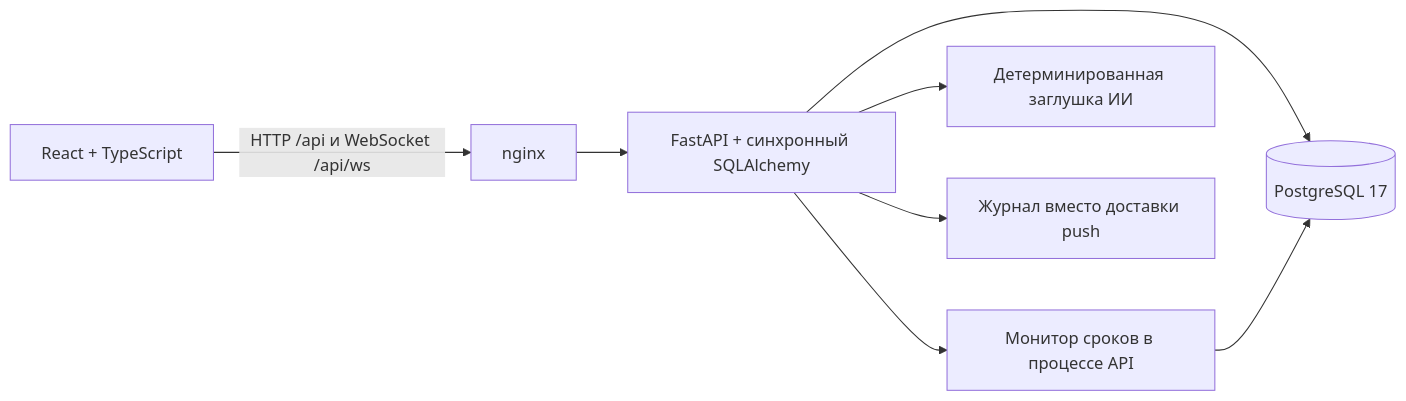
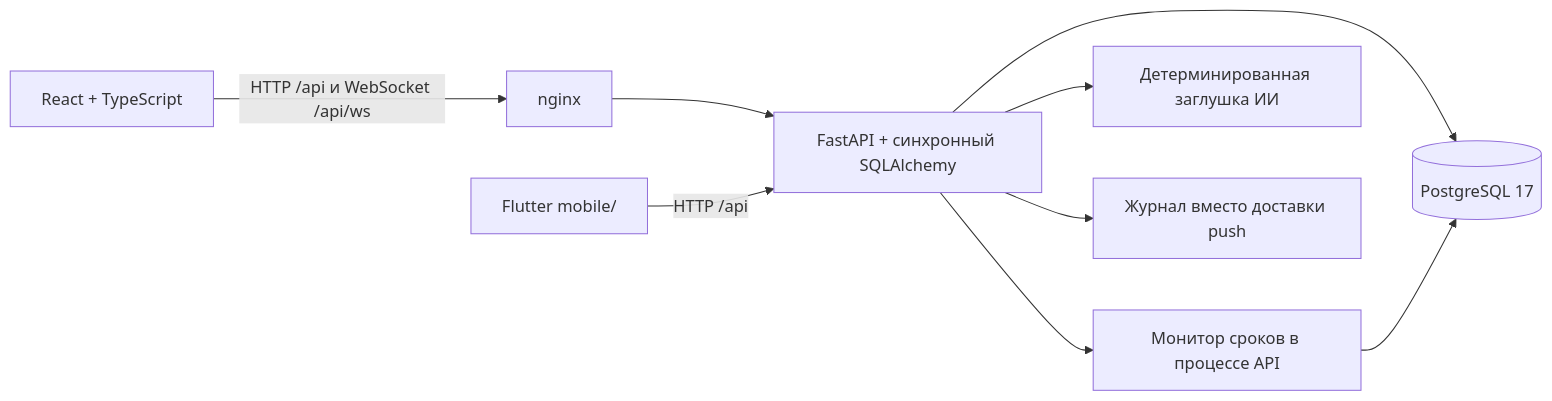
Before and after one commit to bshakaryan/km_case_hack: the first of 2 diagrams in docs/architecture.md, drawn with Mermaid. The commit also changed other lines of this file and 104 other files, not shown here.

Commit message:
feat(mobile): add Flutter work order flow and industrial UI

````diff
--- a/docs/architecture.md
+++ b/docs/architecture.md
@@ -9,10 +9,11 @@
 ```mermaid
 flowchart LR
   B[React + TypeScript] -->|HTTP /api и WebSocket /api/ws| N[nginx]
   N --> A[FastAPI + синхронный SQLAlchemy]
+  F[Flutter mobile/] -->|HTTP /api| A
   A --> D[(PostgreSQL 17)]
   A --> M[Монитор сроков в процессе API]
   M --> D
   A --> S[Детерминированная заглушка ИИ]
   A --> P[Журнал вместо доставки push]
 ```
````
